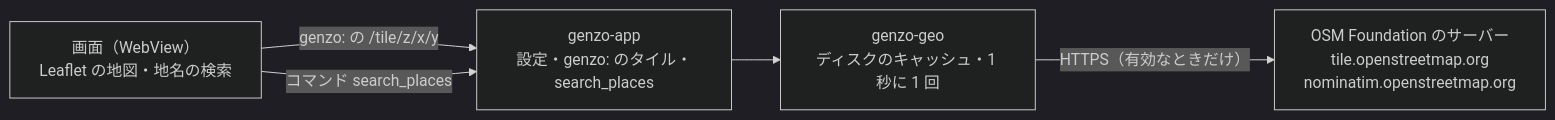
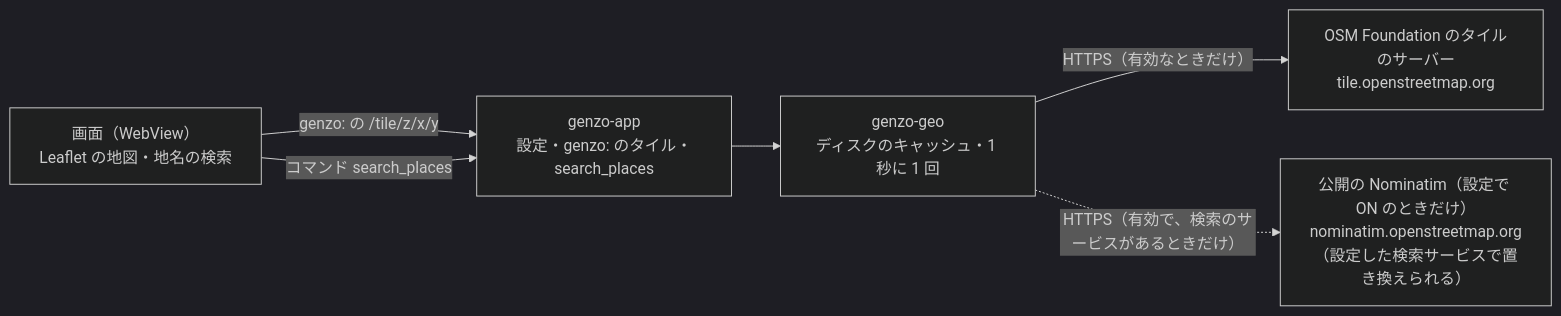
The fifth of 8 diagrams in docs/04_architecture.md (tokamocchi/GenzoParis), drawn with Mermaid (dark theme) before and after one commit. The commit also changed other lines of this file and 2 other files, not shown here.

First line of the commit message:
資料: 04・第三者の台帳・README を、公開の Nominatim を既定で使わない形と 2026-10-20 の確認の結果に合わせる（LIB-21）

````diff
--- a/docs/04_architecture.md
+++ b/docs/04_architecture.md
@@ -920,11 +920,13 @@
 ```mermaid
 flowchart LR
   UI["画面（WebView）<br/>Leaflet の地図・地名の検索"]
   APP["genzo-app<br/>設定・genzo: のタイル・search_places"]
   GEO["genzo-geo<br/>ディスクのキャッシュ・1 秒に 1 回"]
-  OSM["OSM Foundation のサーバー<br/>tile.openstreetmap.org<br/>nominatim.openstreetmap.org"]
+  OSM["OSM Foundation のタイルのサーバー<br/>tile.openstreetmap.org"]
+  NOM["公開の Nominatim（設定で ON のときだけ）<br/>nominatim.openstreetmap.org<br/>（設定した検索サービスで置き換えられる）"]
   UI -->|"genzo: の /tile/z/x/y"| APP
   UI -->|"コマンド search_places"| APP
   APP --> GEO
   GEO -->|"HTTPS（有効なときだけ）"| OSM
+  GEO -.->|"HTTPS（有効で、検索のサービスがあるときだけ）"| NOM
 ```
````
